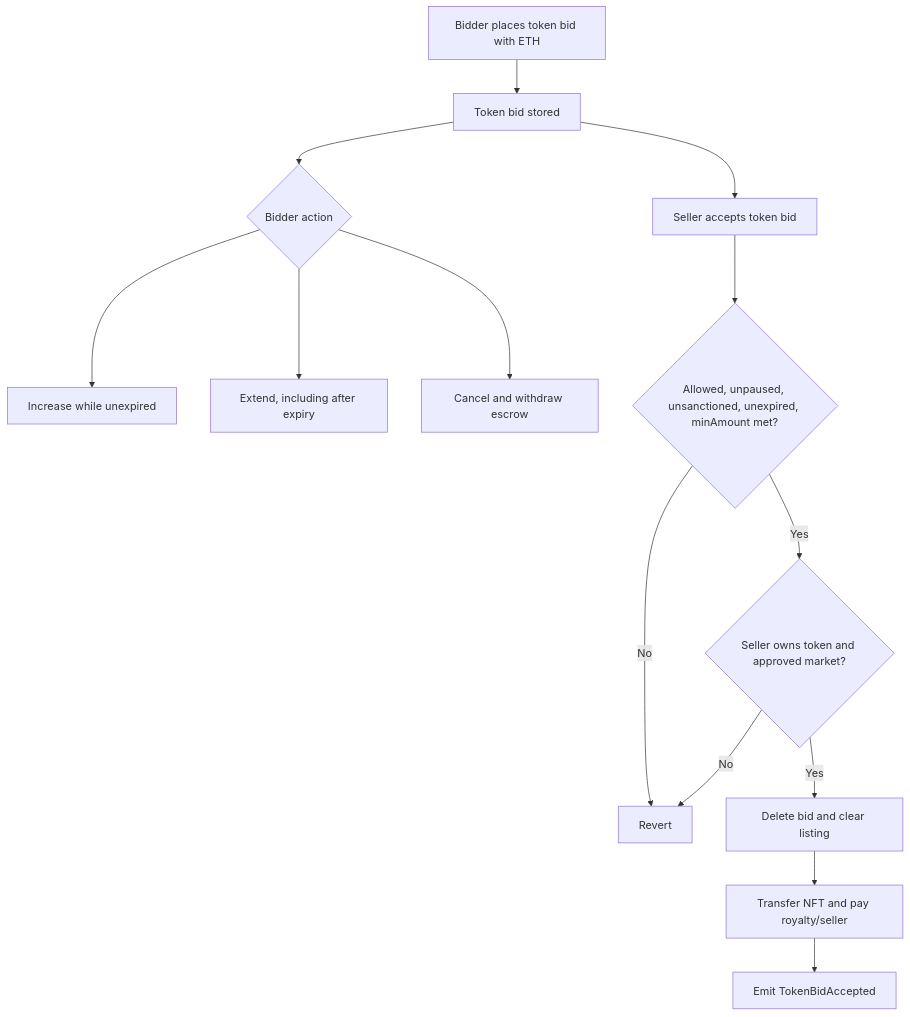
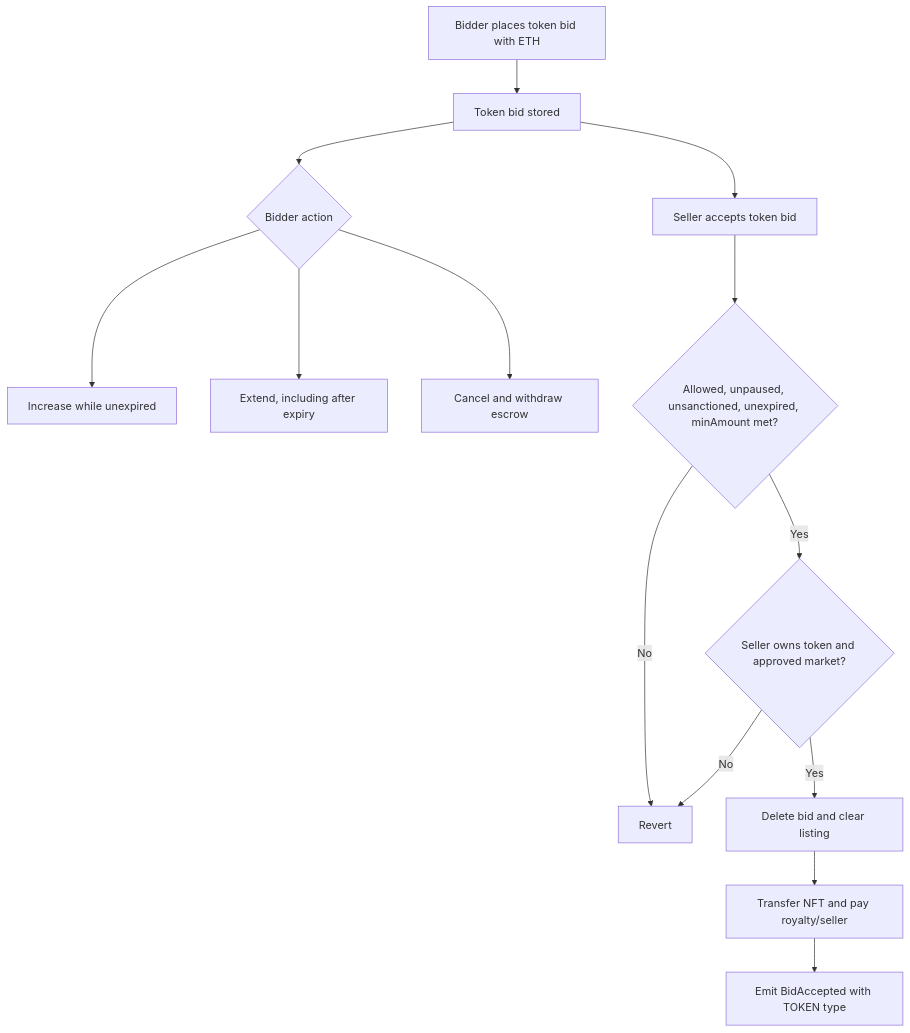
Before and after one commit to mpeyfuss/luci-market: the second of 4 diagrams in README.md, drawn with Mermaid. The commit also changed other lines of this file and 6 other files, not shown here.

Commit message:
update to a shared bid interface using `BidType` and `BidSelector`

````diff
--- a/README.md
+++ b/README.md
@@ -64,16 +66,16 @@
 ```mermaid
 flowchart TD
     A[Bidder places token bid with ETH] --> B[Token bid stored]
     B --> C{Bidder action}
     C --> D[Increase while unexpired]
     C --> E[Extend, including after expiry]
     C --> F[Cancel and withdraw escrow]
     B --> G[Seller accepts token bid]
     G --> H{Allowed, unpaused, unsanctioned, unexpired, minAmount met?}
     H -- No --> X[Revert]
     H -- Yes --> I{Seller owns token and approved market?}
     I -- No --> X
     I -- Yes --> J[Delete bid and clear listing]
     J --> K[Transfer NFT and pay royalty/seller]
-    K --> L[Emit TokenBidAccepted]
+    K --> L[Emit BidAccepted with TOKEN type]
 ```
````
